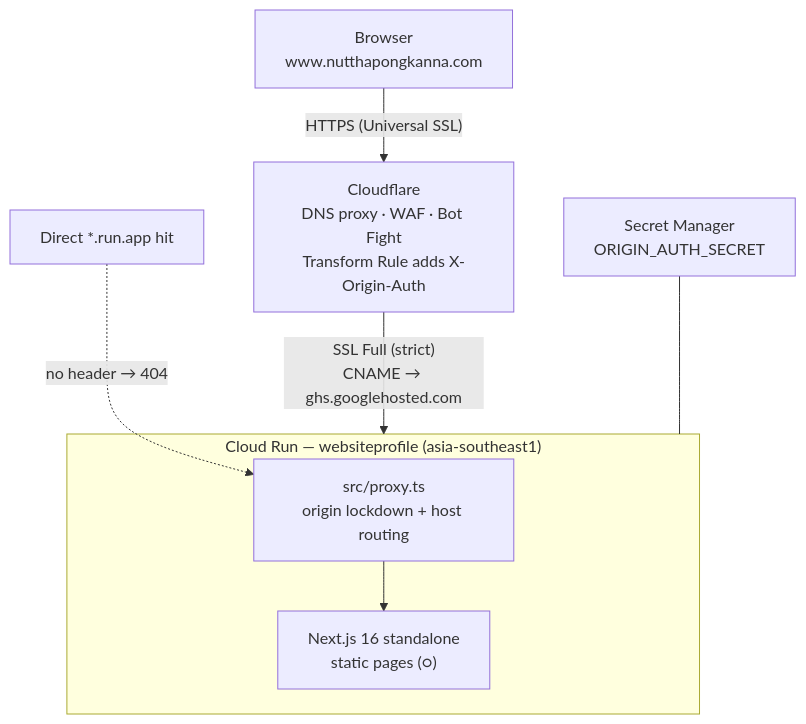
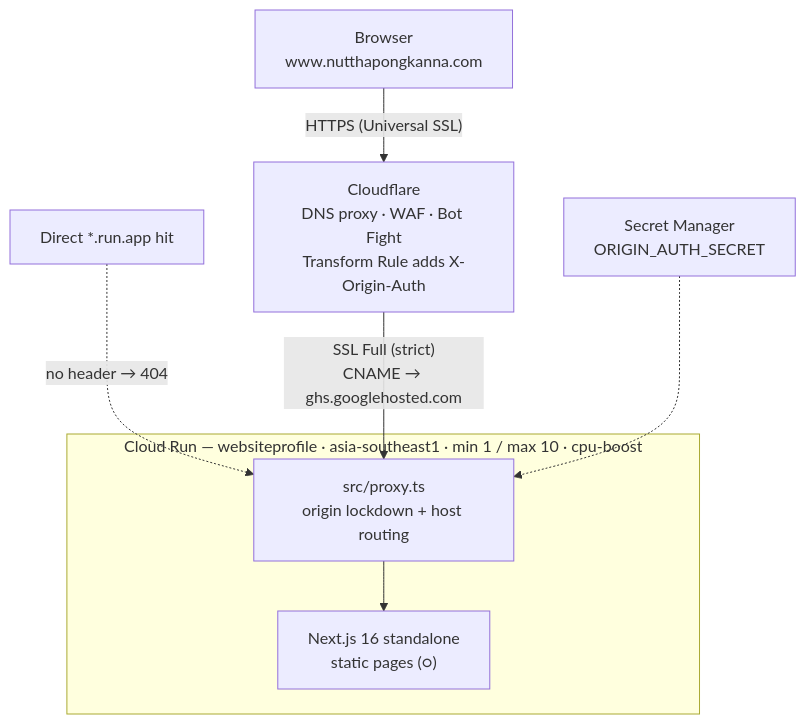
Before and after one commit to nutthapong1998/website: the first of 2 diagrams in README.md, drawn with Mermaid.

Commit message:
docs: fix duplicate mermaid node/subgraph id in architecture diagram

````diff
--- a/README.md
+++ b/README.md
@@ -73,10 +73,10 @@
 ```mermaid
 flowchart TD
     U["Browser<br/>www.nutthapongkanna.com"] -->|"HTTPS (Universal SSL)"| CF["Cloudflare<br/>DNS proxy · WAF · Bot Fight<br/>Transform Rule adds X-Origin-Auth"]
     X["Direct *.run.app hit"] -. "no header → 404" .-> P
-    CF -->|"SSL Full (strict)<br/>CNAME → ghs.googlehosted.com"| CR["Cloud Run · websiteprofile<br/>asia-southeast1 · min 1 / max 10 · cpu-boost"]
-    SM["Secret Manager<br/>ORIGIN_AUTH_SECRET"] --- CR
-    subgraph CR ["Cloud Run — websiteprofile (asia-southeast1)"]
+    CF -->|"SSL Full (strict)<br/>CNAME → ghs.googlehosted.com"| P
+    SM["Secret Manager<br/>ORIGIN_AUTH_SECRET"] -.-> P
+    subgraph CRG ["Cloud Run — websiteprofile · asia-southeast1 · min 1 / max 10 · cpu-boost"]
         P["src/proxy.ts<br/>origin lockdown + host routing"] --> N["Next.js 16 standalone<br/>static pages (○)"]
     end
 ```
````
